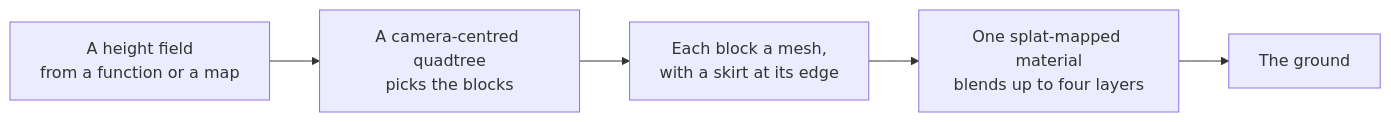
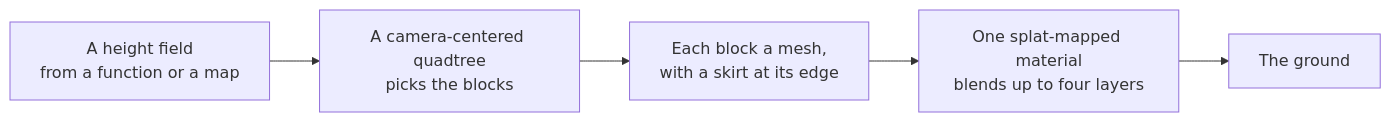
One commit to null3d-engine/null3d changed the diagram in docs/api/terrain.md. Above: the diagram before and after it, drawn with Mermaid. The commit also changed other lines of this file and 41 other files, not shown here.

````diff
--- a/docs/api/terrain.md
+++ b/docs/api/terrain.md
@@ -13,7 +13,7 @@
 ```mermaid
 flowchart LR
-    height["A height field<br/>from a function or a map"] --> tree["A camera-centred quadtree<br/>picks the blocks"]
+    height["A height field<br/>from a function or a map"] --> tree["A camera-centered quadtree<br/>picks the blocks"]
     tree --> blocks["Each block a mesh,<br/>with a skirt at its edge"]
     blocks --> splat["One splat-mapped material<br/>blends up to four layers"]
     splat --> screen["The ground"]
 ```
````
